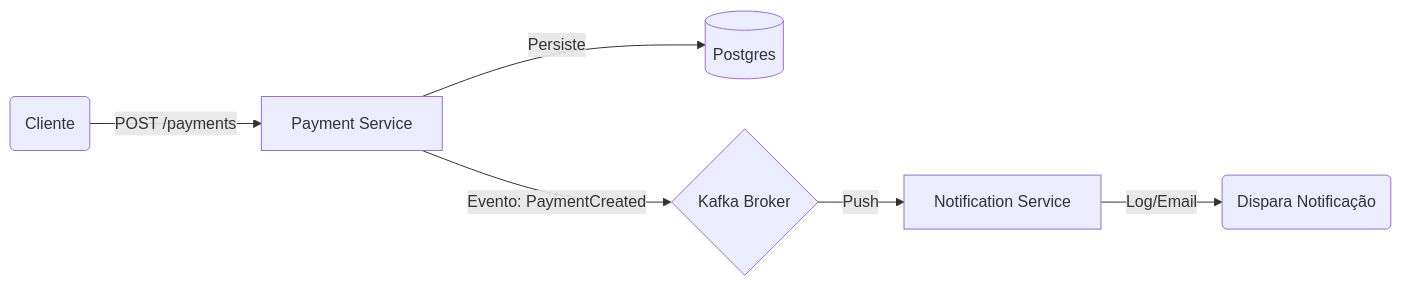
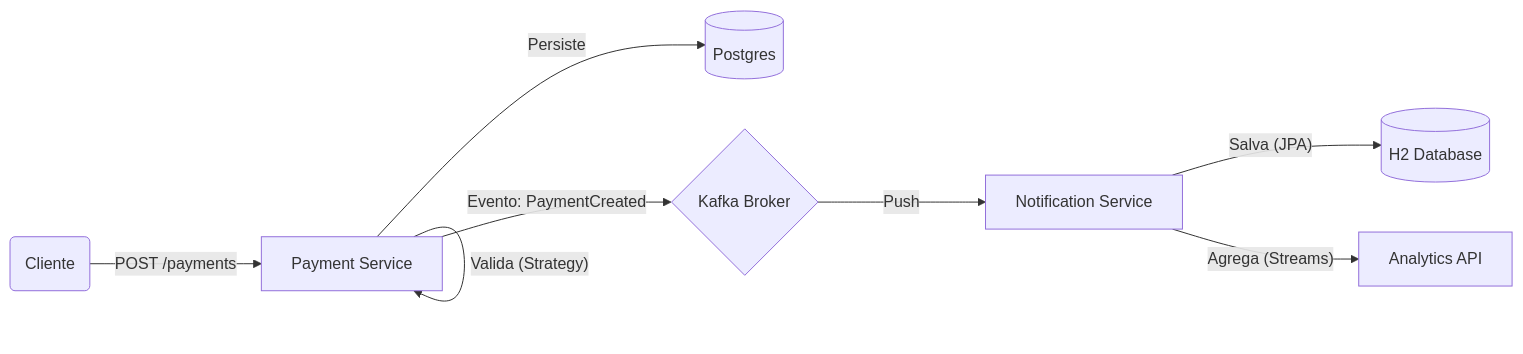
Before and after one commit to GeovaneParedes/java-enterprise-challenges: the diagram in README.md, drawn with Mermaid. The commit also changed other lines of this file, not shown here.

Commit message:
docs: Atualiza status do Desafio 05 e diagrama de arquitetura

````diff
--- a/README.md
+++ b/README.md
@@ -17,8 +20,10 @@
 ```mermaid
 graph LR
     User(Cliente) -- POST /payments --> API[Payment Service]
     API -- Persiste --> DB[(Postgres)]
+    API -- Valida (Strategy) --> API
     API -- Evento: PaymentCreated --> Kafka{Kafka Broker}
     Kafka -- Push --> Consumer[Notification Service]
-    Consumer -- Log/Email --> Action(Dispara Notificação)
+    Consumer -- Salva (JPA) --> H2[(H2 Database)]
+    Consumer -- Agrega (Streams) --> Relatorios[Analytics API]
 ```
````
